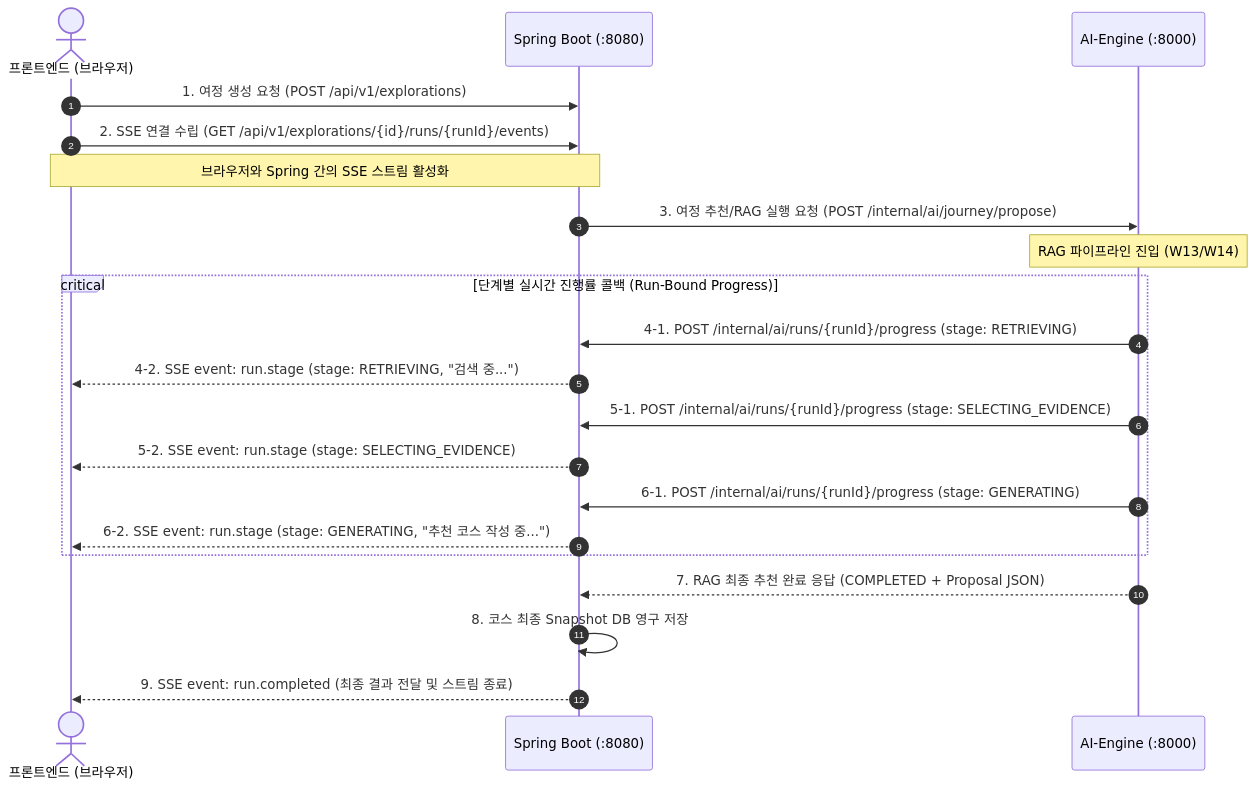
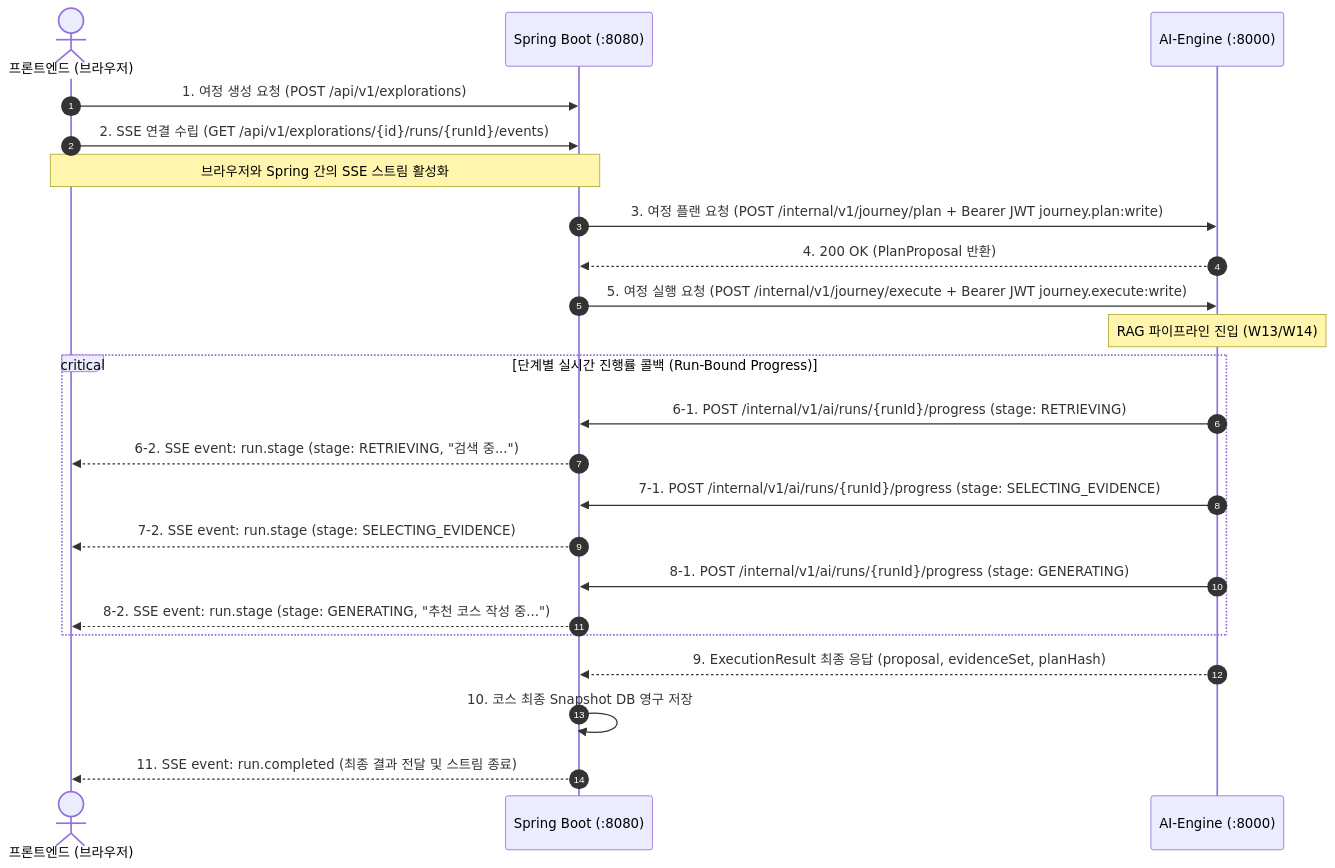
The diagram in docs/ai-rag/spring-backend-integration-and-sse-architecture.md (YRootLab/onmaru-ai-engine), drawn with Mermaid before and after one commit. The commit also changed other lines of this file and 2 other files, not shown here.

Commit message:
docs: align v0.1.2 Spring integration endpoints, JWT Bearer auth, and secret env names

````diff
--- a/docs/ai-rag/spring-backend-integration-and-sse-architecture.md
+++ b/docs/ai-rag/spring-backend-integration-and-sse-architecture.md
@@ -37,29 +38,32 @@
 ```mermaid
 sequenceDiagram
     autonumber
     actor User as 프론트엔드 (브라우저)
     participant Spring as Spring Boot (:8080)
     participant AI as AI-Engine (:8000)
 
     User->>Spring: 1. 여정 생성 요청 (POST /api/v1/explorations)
     User->>Spring: 2. SSE 연결 수립 (GET /api/v1/explorations/{id}/runs/{runId}/events)
     Note over User,Spring: 브라우저와 Spring 간의 SSE 스트림 활성화
 
-    Spring->>AI: 3. 여정 추천/RAG 실행 요청 (POST /internal/ai/journey/propose)
+    Spring->>AI: 3. 여정 플랜 요청 (POST /internal/v1/journey/plan + Bearer JWT journey.plan:write)
+    AI-->>Spring: 4. 200 OK (PlanProposal 반환)
+
+    Spring->>AI: 5. 여정 실행 요청 (POST /internal/v1/journey/execute + Bearer JWT journey.execute:write)
     Note over AI: RAG 파이프라인 진입 (W13/W14)
 
     critical 단계별 실시간 진행률 콜백 (Run-Bound Progress)
-        AI->>Spring: 4-1. POST /internal/ai/runs/{runId}/progress (stage: RETRIEVING)
-        Spring-->>User: 4-2. SSE event: run.stage (stage: RETRIEVING, "검색 중...")
+        AI->>Spring: 6-1. POST /internal/v1/ai/runs/{runId}/progress (stage: RETRIEVING)
+        Spring-->>User: 6-2. SSE event: run.stage (stage: RETRIEVING, "검색 중...")
         
-        AI->>Spring: 5-1. POST /internal/ai/runs/{runId}/progress (stage: SELECTING_EVIDENCE)
-        Spring-->>User: 5-2. SSE event: run.stage (stage: SELECTING_EVIDENCE)
+        AI->>Spring: 7-1. POST /internal/v1/ai/runs/{runId}/progress (stage: SELECTING_EVIDENCE)
+        Spring-->>User: 7-2. SSE event: run.stage (stage: SELECTING_EVIDENCE)
         
-        AI->>Spring: 6-1. POST /internal/ai/runs/{runId}/progress (stage: GENERATING)
-        Spring-->>User: 6-2. SSE event: run.stage (stage: GENERATING, "추천 코스 작성 중...")
+        AI->>Spring: 8-1. POST /internal/v1/ai/runs/{runId}/progress (stage: GENERATING)
+        Spring-->>User: 8-2. SSE event: run.stage (stage: GENERATING, "추천 코스 작성 중...")
     end
 
-    AI-->>Spring: 7. RAG 최종 추천 완료 응답 (COMPLETED + Proposal JSON)
-    Spring->>Spring: 8. 코스 최종 Snapshot DB 영구 저장
-    Spring-->>User: 9. SSE event: run.completed (최종 결과 전달 및 스트림 종료)
+    AI-->>Spring: 9. ExecutionResult 최종 응답 (proposal, evidenceSet, planHash)
+    Spring->>Spring: 10. 코스 최종 Snapshot DB 영구 저장
+    Spring-->>User: 11. SSE event: run.completed (최종 결과 전달 및 스트림 종료)
 ```
````
